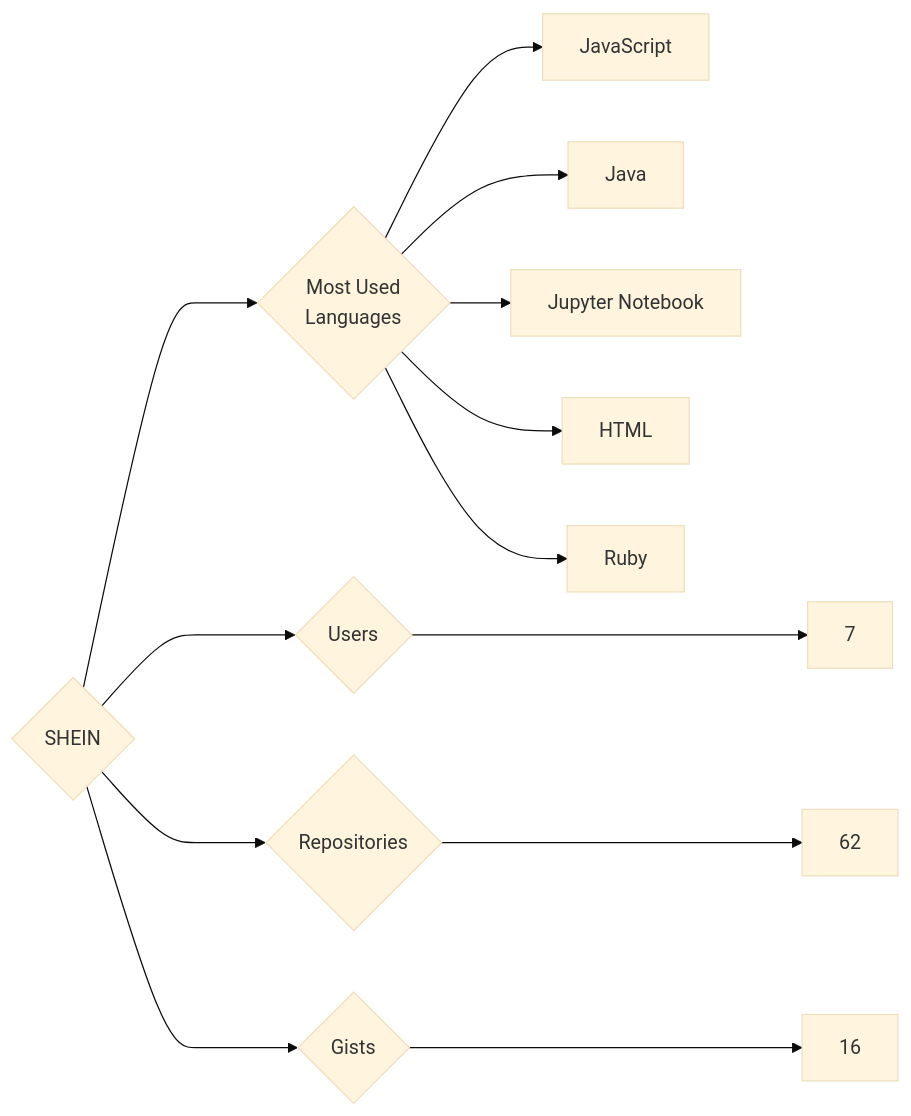
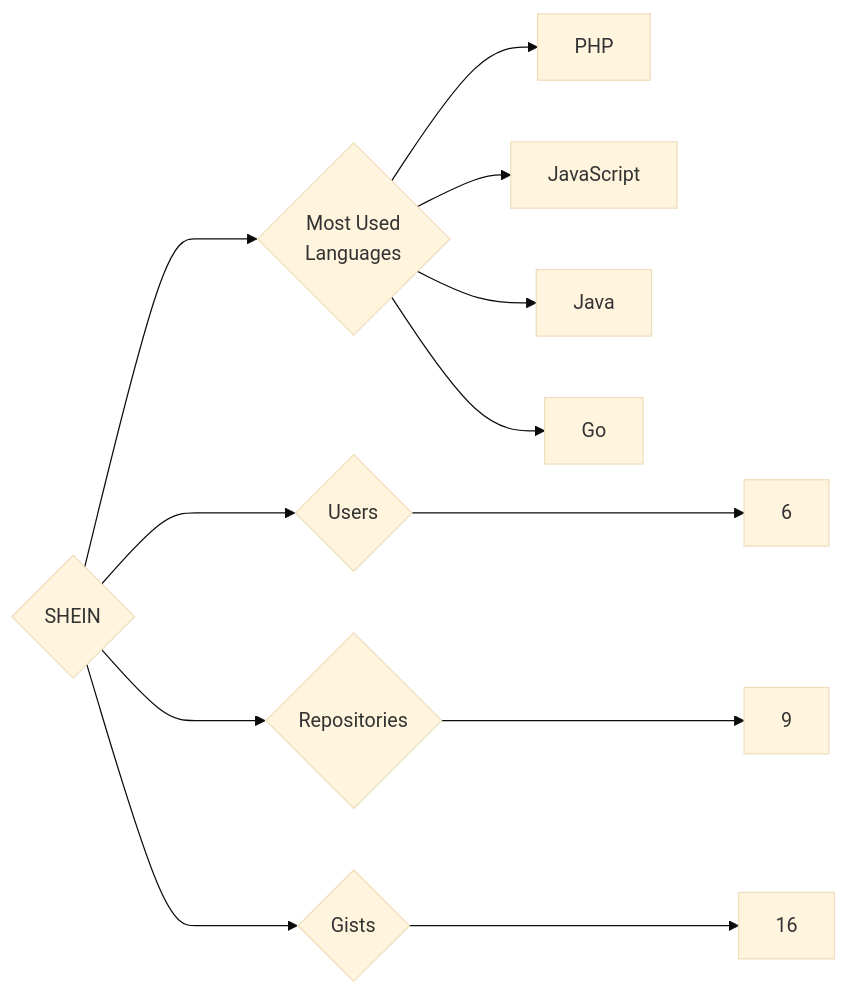
Before and after one commit to trickest/insiders: the diagram in targets/SHEIN/README.md, drawn with Mermaid (base theme). The commit also changed 1011 other files, not shown here.

````diff
--- a/targets/SHEIN/README.md
+++ b/targets/SHEIN/README.md
@@ -3,13 +3,12 @@
 ```mermaid
 graph LR
 COMPANY_NAME{SHEIN}
-COMPANY_NAME ---> U{Users} ---> UN[7]
-COMPANY_NAME ---> R{Repositories} ---> RN[62]
+COMPANY_NAME ---> U{Users} ---> UN[6]
+COMPANY_NAME ---> R{Repositories} ---> RN[9]
 COMPANY_NAME ---> G{Gists} ---> GN[16]
 COMPANY_NAME ---> ML{Most Used<br>Languages}
+ML --> PHP[PHP]
 ML --> JavaScript[JavaScript]
 ML --> Java[Java]
-ML --> Jupyter_Notebook[Jupyter Notebook]
-ML --> HTML[HTML]
-ML --> Ruby[Ruby]
+ML --> Go[Go]
 ```
````
